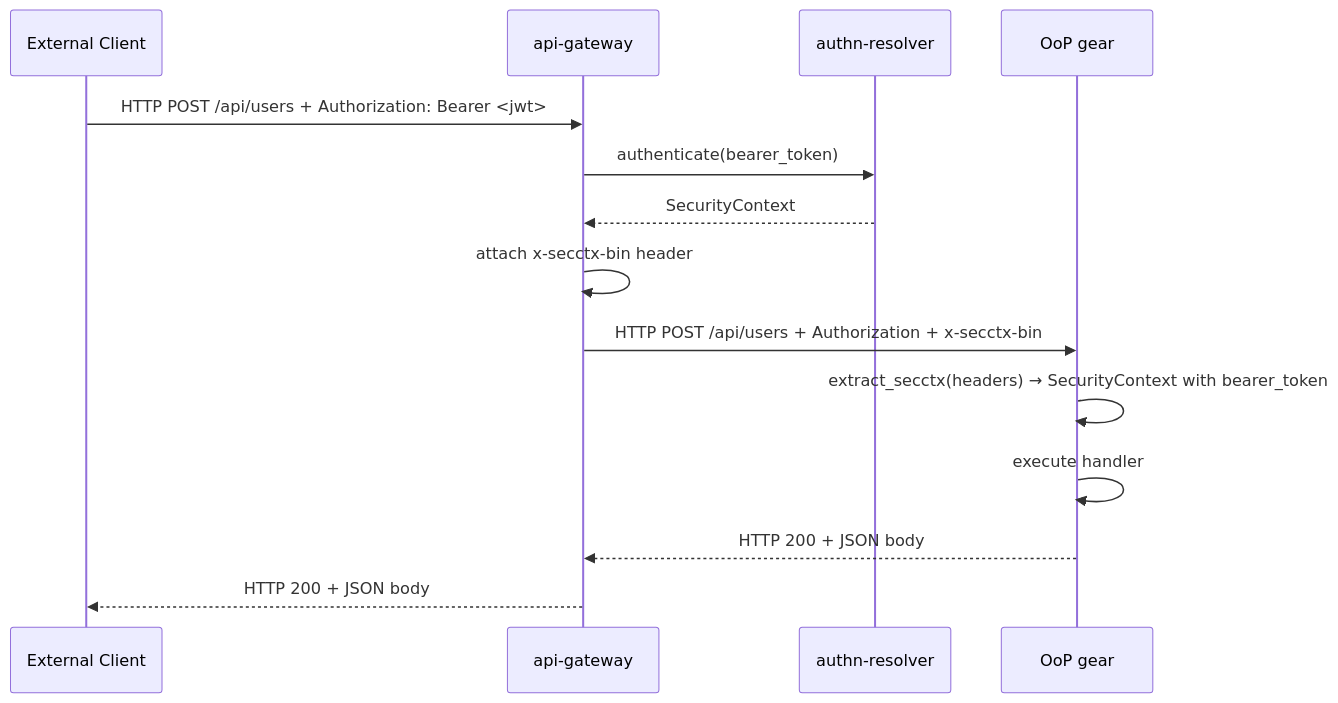
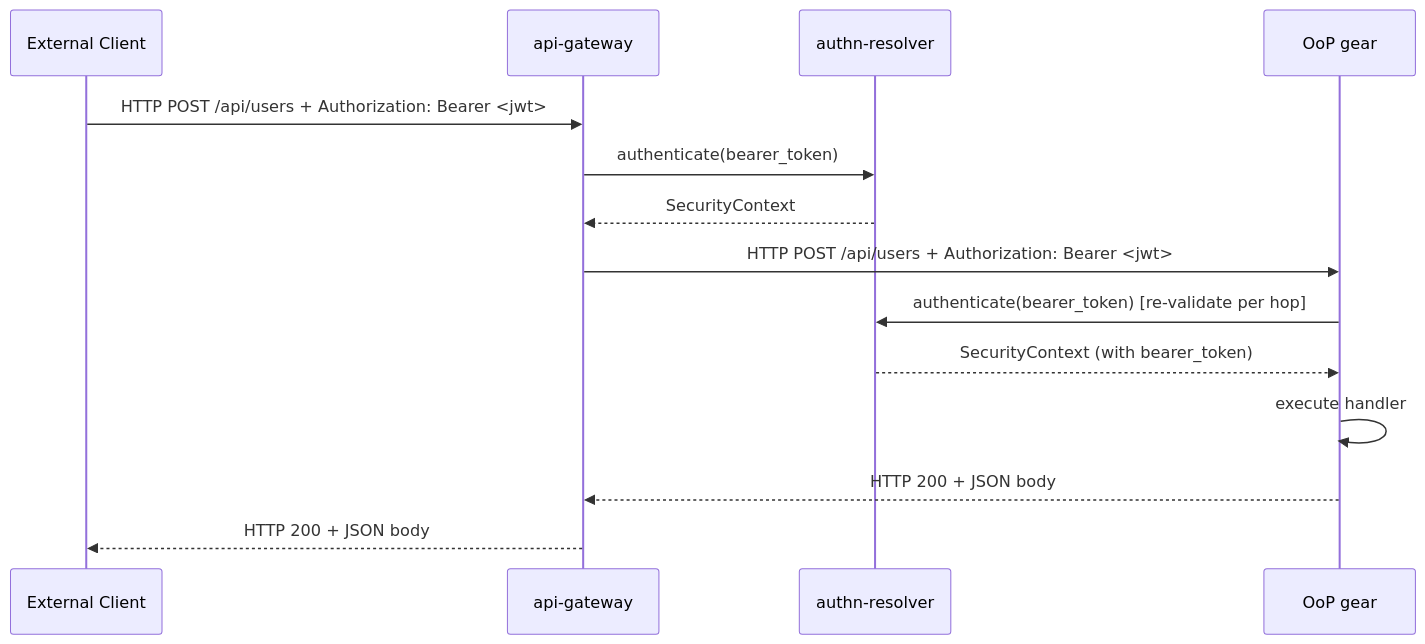
One commit to constructorfabric/gears-rust changed the first of 8 diagrams in docs/arch/toolkit-oop/DESIGN.md. Above: the diagram before and after it, drawn with Mermaid. The commit also changed other lines of this file and 7 other files, not shown here.

````diff
--- a/docs/arch/toolkit-oop/DESIGN.md
+++ b/docs/arch/toolkit-oop/DESIGN.md
@@ -954,17 +1012,17 @@
 ```mermaid
 sequenceDiagram
     participant Client as External Client
     participant GW as api-gateway
     participant AuthN as authn-resolver
     participant Worker as OoP gear
 
     Client->>GW: HTTP POST /api/users + Authorization: Bearer <jwt>
     GW->>AuthN: authenticate(bearer_token)
     AuthN-->>GW: SecurityContext
-    GW->>GW: attach x-secctx-bin header
-    GW->>Worker: HTTP POST /api/users + Authorization + x-secctx-bin
-    Worker->>Worker: extract_secctx(headers) → SecurityContext with bearer_token
+    GW->>Worker: HTTP POST /api/users + Authorization: Bearer <jwt>
+    Worker->>AuthN: authenticate(bearer_token) [re-validate per hop]
+    AuthN-->>Worker: SecurityContext (with bearer_token)
     Worker->>Worker: execute handler
     Worker-->>GW: HTTP 200 + JSON body
     GW-->>Client: HTTP 200 + JSON body
 ```
````
